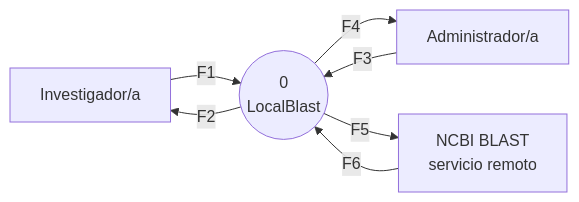
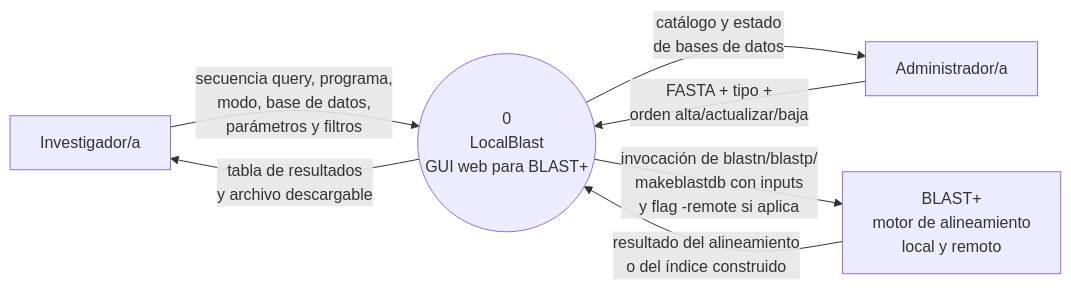
The first of 2 diagrams in docs/architecture/contexto-inicial.md (agwursten/Secondary-Repo-GUI-Blast), drawn with Mermaid before and after one commit. The commit also changed other lines of this file and 5 other files, not shown here.

````diff
--- a/docs/architecture/contexto-inicial.md
+++ b/docs/architecture/contexto-inicial.md
@@ -17,16 +13,18 @@
 ```mermaid
 flowchart LR
     INV[Investigador/a]
 
-    P((0<br/>LocalBlast))
+    P((0<br/>LocalBlast<br/>GUI web para BLAST+))
 
     ADM[Administrador/a]
-    NCBI[NCBI BLAST<br/>servicio remoto]
+    BLAST[BLAST+<br/>motor de alineamiento<br/>local y remoto]
 
-    INV -->|F1| P
-    P -->|F2| INV
-    ADM -->|F3| P
-    P -->|F4| ADM
-    P -->|F5| NCBI
-    NCBI -->|F6| P
+    INV -->|secuencia query, programa,<br/>modo, base de datos,<br/>parámetros y filtros| P
+    P -->|tabla de resultados<br/>y archivo descargable| INV
+
+    ADM -->|FASTA + tipo +<br/>orden alta/actualizar/baja| P
+    P -->|catálogo y estado<br/>de bases de datos| ADM
+
+    P -->|invocación de blastn/blastp/<br/>makeblastdb con inputs<br/>y flag -remote si aplica| BLAST
+    BLAST -->|resultado del alineamiento<br/>o del índice construido| P
 ```
````
